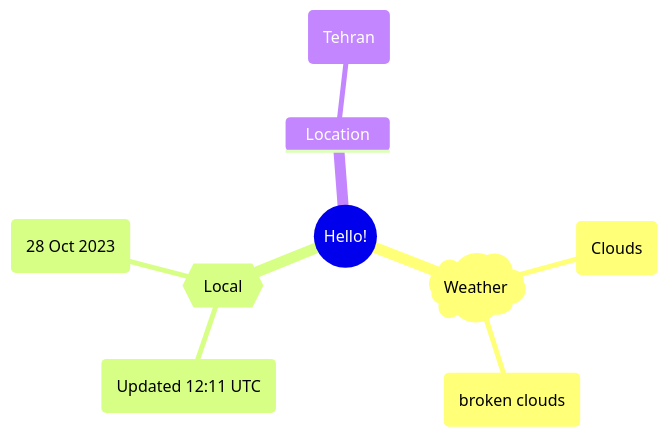
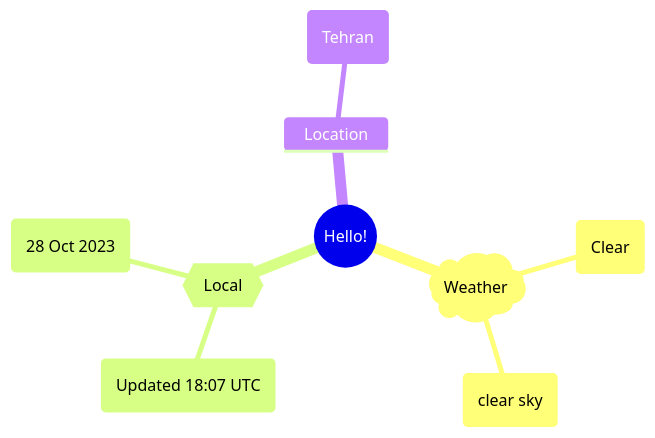
Before and after one commit to Xosrov/Xosrov: the first of 2 diagrams in README.md, drawn with Mermaid.

Commit message:
[bot] updated images

````diff
--- a/README.md
+++ b/README.md
@@ -3,12 +3,12 @@
 ```mermaid
 mindmap
   root((Hello!))
     )Weather(
-        (Clouds)
-        (broken clouds)
+        (Clear)
+        (clear sky)
     {{Local}}
-        (Updated 12:11 UTC)
+        (Updated 18:07 UTC)
         (28 Oct 2023)
     Location
         (Tehran)
 ```
````
